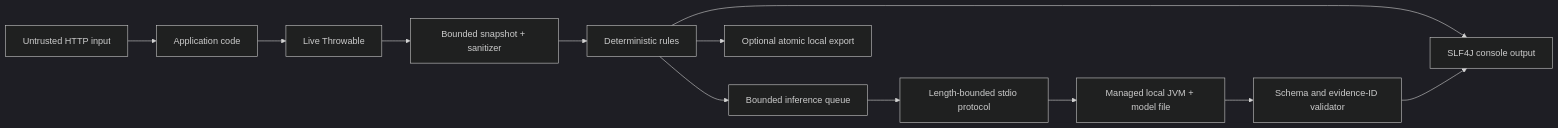
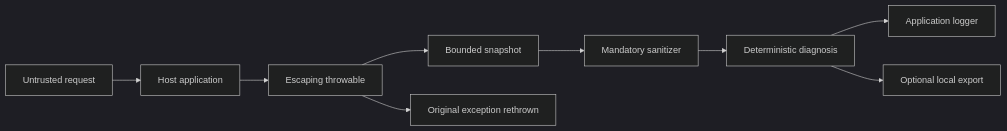
One commit to kalayciburak/stackmate changed the diagram in docs/privacy-and-threat-model.md. Above: the diagram before and after it, drawn with Mermaid (dark theme). The commit also changed other lines of this file and 33 other files, not shown here.

````diff
--- a/docs/privacy-and-threat-model.md
+++ b/docs/privacy-and-threat-model.md
@@ -37,14 +14,11 @@
 ```mermaid
 flowchart LR
-    U["Untrusted HTTP input"] --> A["Application code"]
-    A --> T["Live Throwable"]
-    T --> S["Bounded snapshot + sanitizer"]
-    S --> D["Deterministic rules"]
-    D --> C["SLF4J console output"]
-    D --> Q["Bounded inference queue"]
-    Q --> P["Length-bounded stdio protocol"]
-    P --> M["Managed local JVM + model file"]
-    M --> V["Schema and evidence-ID validator"]
-    V --> C
-    D --> E["Optional atomic local export"]
+    U["Untrusted request"] --> A["Host application"]
+    A --> T["Escaping throwable"]
+    T --> B["Bounded snapshot"]
+    B --> S["Mandatory sanitizer"]
+    S --> D["Deterministic diagnosis"]
+    D --> C["Application logger"]
+    D --> E["Optional local export"]
+    T --> R["Original exception rethrown"]
 ```
````
